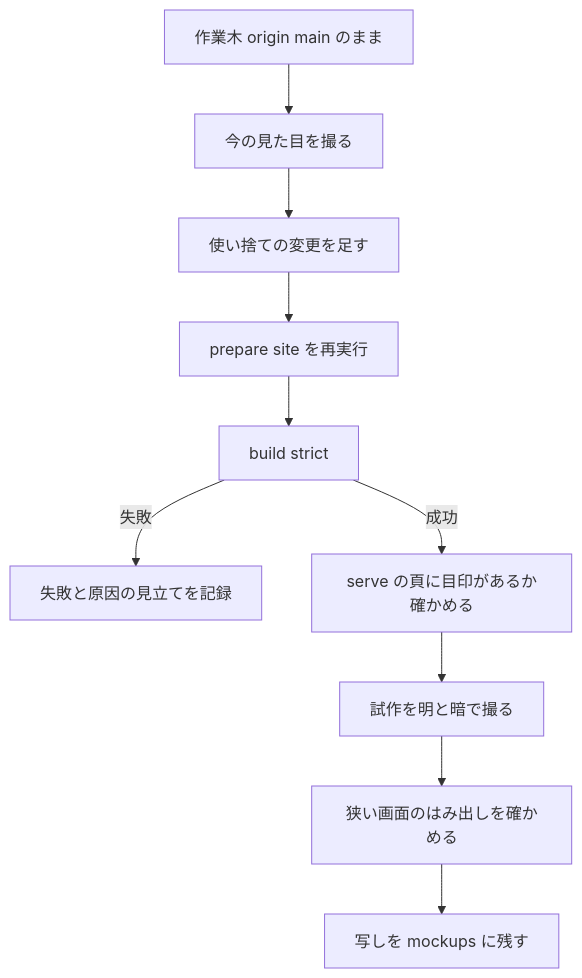
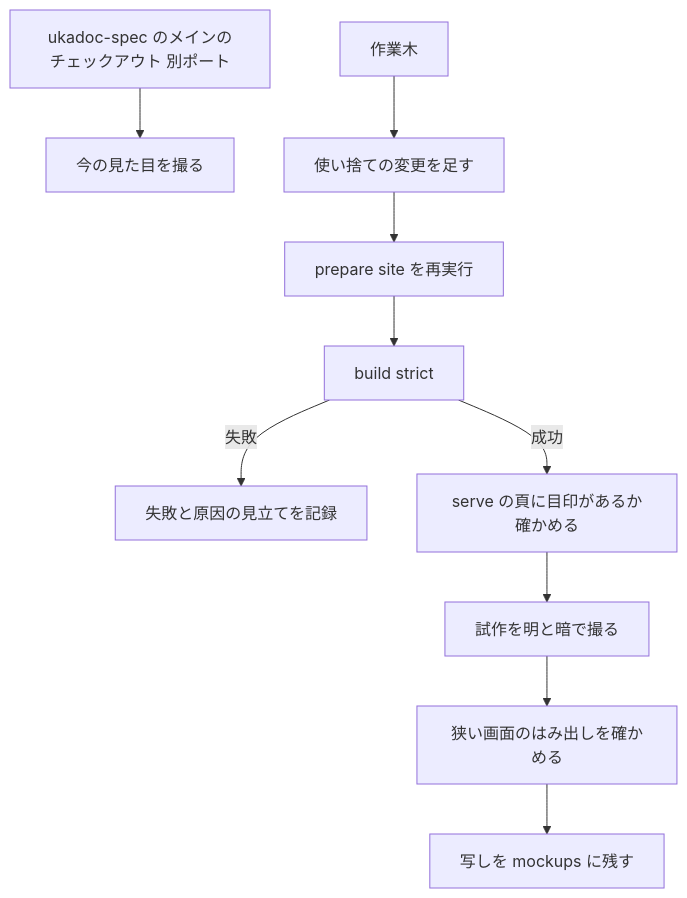
One commit to ekicyou/doc_edit changed the third of 3 diagrams in .kiro/specs/site-look-plan/design.md. Above: the diagram before and after it, drawn with Mermaid. The commit also changed other lines of this file and 2 other files, not shown here.

````diff
--- a/.kiro/specs/site-look-plan/design.md
+++ b/.kiro/specs/site-look-plan/design.md
@@ -172,12 +172,12 @@
 ```mermaid
 graph TB
-    Base[作業木 origin main のまま] --> BaseShot[今の見た目を撮る]
-    BaseShot --> Edit[使い捨ての変更を足す]
+    Base[ukadoc-spec のメインのチェックアウト 別ポート] --> BaseShot[今の見た目を撮る]
+    WT[作業木] --> Edit[使い捨ての変更を足す]
     Edit --> Prep[prepare site を再実行]
     Prep --> Build[build strict]
     Build -->|失敗| Fail[失敗と原因の見立てを記録]
     Build -->|成功| Check[serve の頁に目印があるか確かめる]
     Check --> Shot[試作を明と暗で撮る]
     Shot --> Narrow[狭い画面のはみ出しを確かめる]
     Narrow --> Copy[写しを mockups に残す]
 ```
````
